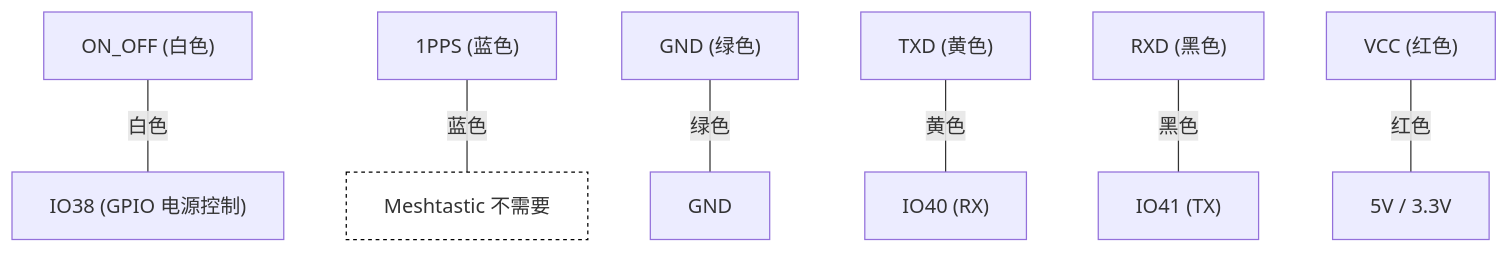
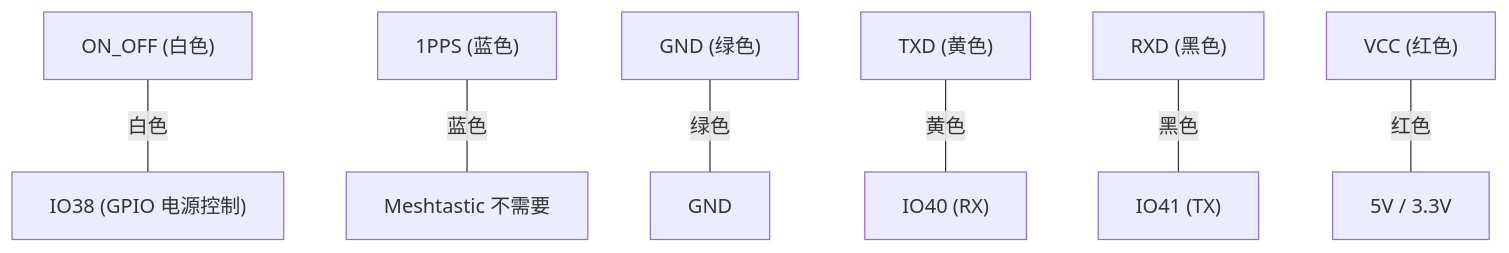
Before and after one commit to timurey/timurey.github.io: the diagram in source/_posts/gps-module-ebyte-eora-s3-CN.md, drawn with Mermaid. The commit also changed other lines of this file and 10 other files, not shown here.

````diff
--- a/source/_posts/gps-module-ebyte-eora-s3-CN.md
+++ b/source/_posts/gps-module-ebyte-eora-s3-CN.md
@@ -56,33 +56,31 @@
 ```mermaid
 flowchart TD
 
     %% GPS 模块引脚
     GPS_ON_OFF["ON_OFF (白色)"]
     GPS_1PPS["1PPS (蓝色)"]
     GPS_GND["GND (绿色)"]
     GPS_TXD["TXD (黄色)"]
     GPS_RXD["RXD (黑色)"]
     GPS_VCC["VCC (红色)"]
 
     %% EoRa-S3 引脚
     EORA_IO38["IO38 (GPIO 电源控制)"]
     EORA_GND["GND"]
     EORA_IO40["IO40 (RX)"]
     EORA_IO41["IO41 (TX)"]
     EORA_5V["5V / 3.3V"]
 
     %% 不适用节点
     NotApplicable["Meshtastic 不需要"]
 
     %% 连接示意图
     GPS_ON_OFF ---|白色| EORA_IO38
     GPS_GND ---|绿色| EORA_GND
     GPS_TXD ---|黄色| EORA_IO40
     GPS_RXD ---|黑色| EORA_IO41
     GPS_VCC ---|红色| EORA_5V
     GPS_1PPS ---|蓝色| NotApplicable
 
-    %% 样式设置
-    classDef notconnected fill:none,stroke-dasharray:3 3,stroke:#000;
-    class NotApplicable notconnected;
+    
 ```
````
